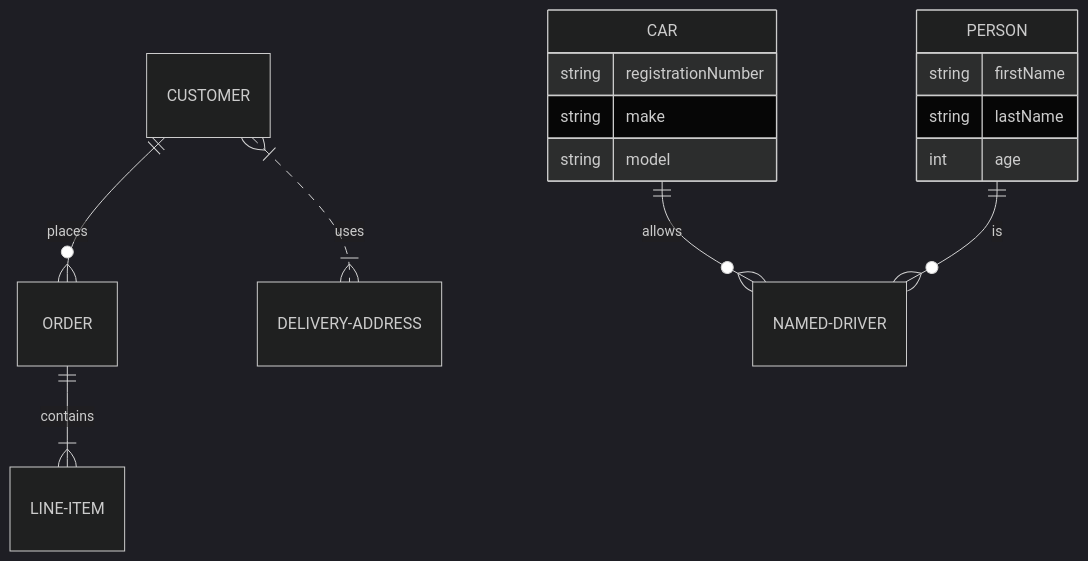
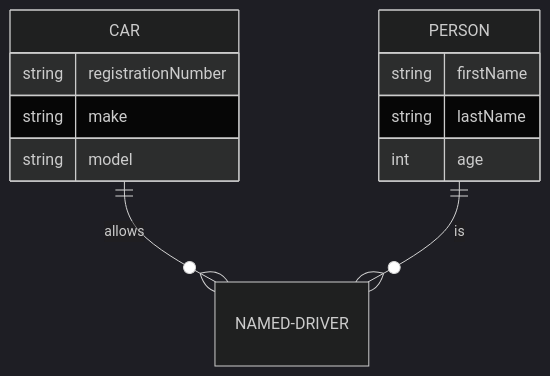
One commit to newle/newle.github.io changed the tenth of 11 diagrams in 学习mermaid.md. Above: the diagram before and after it, drawn with Mermaid (dark theme). The commit also changed other lines of this file and 2 other files, not shown here.

Commit message:
vault backup: 2022-11-01 23:52:31

````diff
--- a/学习mermaid.md
+++ b/学习mermaid.md
@@ -141,21 +149,15 @@
 ```mermaid
 erDiagram
-    CUSTOMER ||--o{ ORDER : places
-    ORDER ||--|{ LINE-ITEM : contains
-    CUSTOMER }|..|{ DELIVERY-ADDRESS : uses
-
-
-
-    CAR ||--o{ NAMED-DRIVER : allows
-    CAR {
-        string registrationNumber
-        string make
-        string model
-    }
-    PERSON ||--o{ NAMED-DRIVER : is
-    PERSON {
-        string firstName
-        string lastName
-        int age
-    }
+CAR ||--o{ NAMED-DRIVER : allows
+CAR {
+	string registrationNumber
+	string make
+	string model
+}
+PERSON ||--o{ NAMED-DRIVER : is
+PERSON {
+	string firstName
+	string lastName
+	int age
+}
 ```
````
